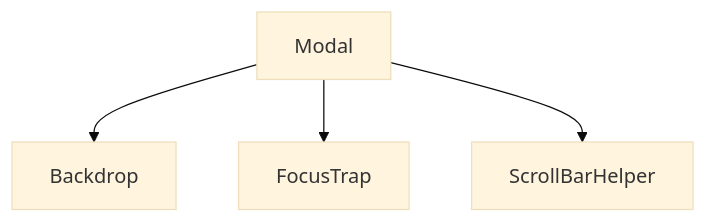
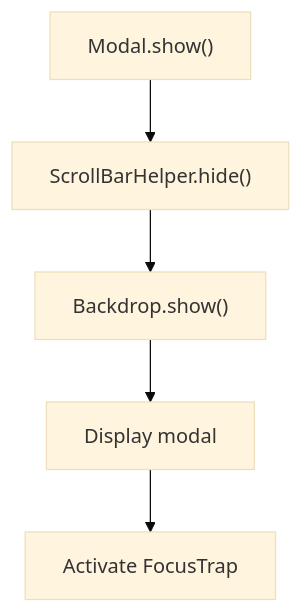
Before and after one commit to Ylianst/MeshCentral: the sixth of 8 diagrams in docs/reference/architecture/bootstrap-components/bootstrap-components.md, drawn with Mermaid (base theme). The commit also changed other lines of this file and 642 other files, not shown here.

````diff
--- a/docs/reference/architecture/bootstrap-components/bootstrap-components.md
+++ b/docs/reference/architecture/bootstrap-components/bootstrap-components.md
@@ -191,6 +242,7 @@
 ```mermaid
 flowchart TD
-    Modal["Modal"] --> Backdrop["Backdrop"]
-    Modal --> FocusTrap["FocusTrap"]
-    Modal --> ScrollBarHelper["ScrollBarHelper"]
+    A["Modal.show()"] --> B["ScrollBarHelper.hide()"]
+    B --> C["Backdrop.show()"]
+    C --> D["Display modal"]
+    D --> E["Activate FocusTrap"]
 ```
````
